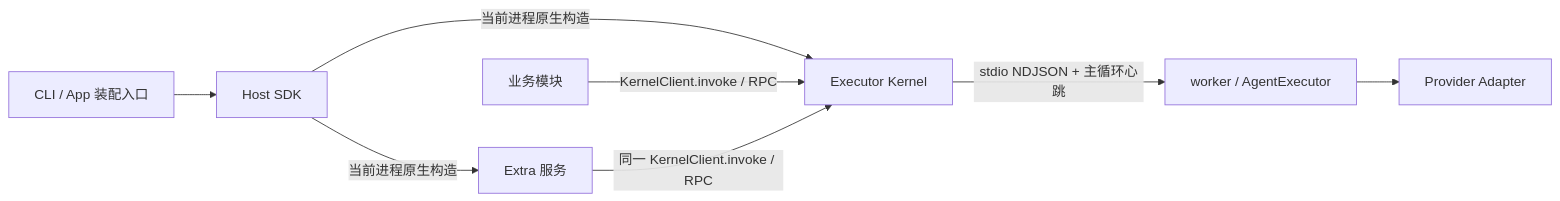
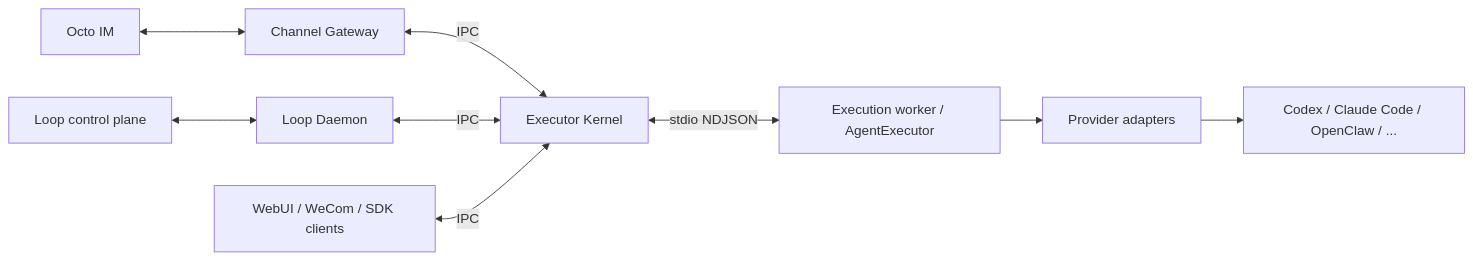
Before and after one commit to Liuxy20/octo-runtime: the diagram in README.md, drawn with Mermaid. The commit also changed other lines of this file and 46 other files, not shown here.

````diff
--- a/README.md
+++ b/README.md
@@ -11,10 +22,11 @@
 ```mermaid
 flowchart LR
-  App[CLI / App 装配入口] --> SDK[Host SDK]
-  SDK -->|当前进程原生构造| K[Executor Kernel]
-  SDK -->|当前进程原生构造| E[Extra 服务]
-  Business[业务模块] -->|KernelClient.invoke / RPC| K
-  E -->|同一 KernelClient.invoke / RPC| K
-  K -->|stdio NDJSON + 主循环心跳| W[worker / AgentExecutor]
-  W --> A[Provider Adapter]
+  IM[Octo IM] <--> Gateway[Channel Gateway]
+  Loop[Loop control plane] <--> Daemon[Loop Daemon]
+  Gateway <-->|IPC| Kernel[Executor Kernel]
+  Daemon <-->|IPC| Kernel
+  Other[WebUI / WeCom / SDK clients] <-->|IPC| Kernel
+  Kernel <-->|stdio NDJSON| Worker[Execution worker / AgentExecutor]
+  Worker --> Adapter[Provider adapters]
+  Adapter --> Providers[Codex / Claude Code / OpenClaw / ...]
 ```
````
